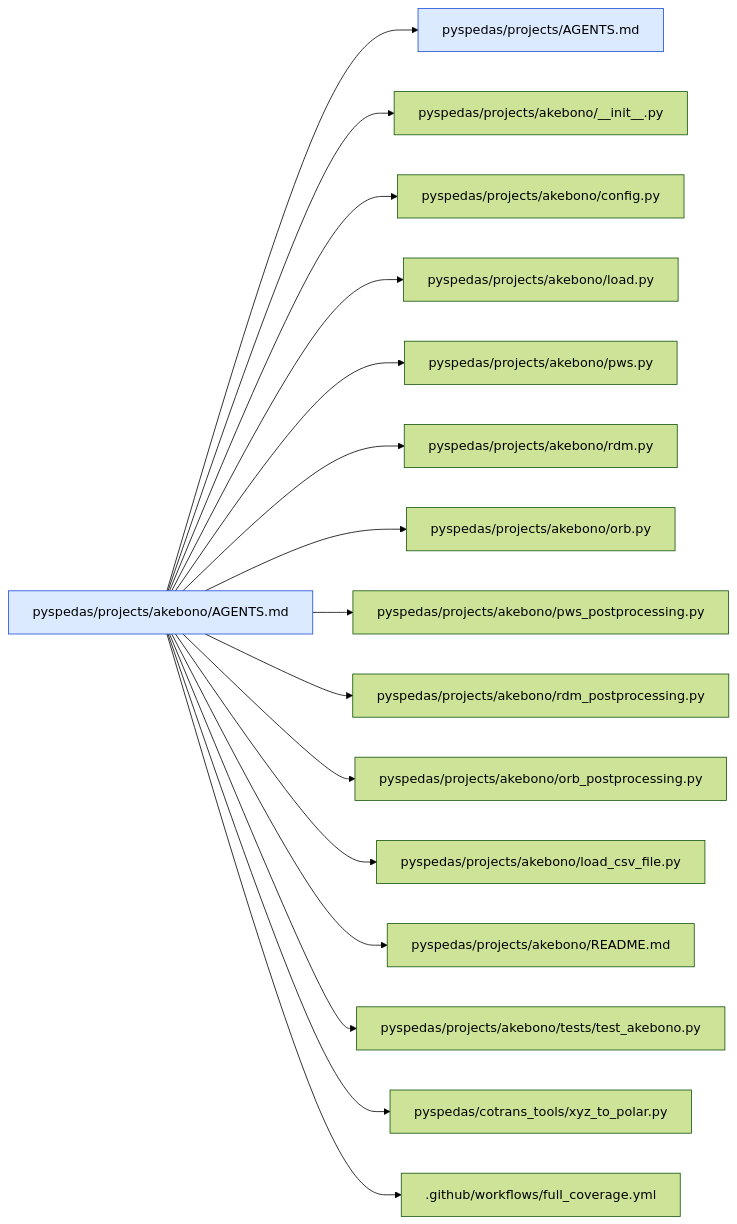
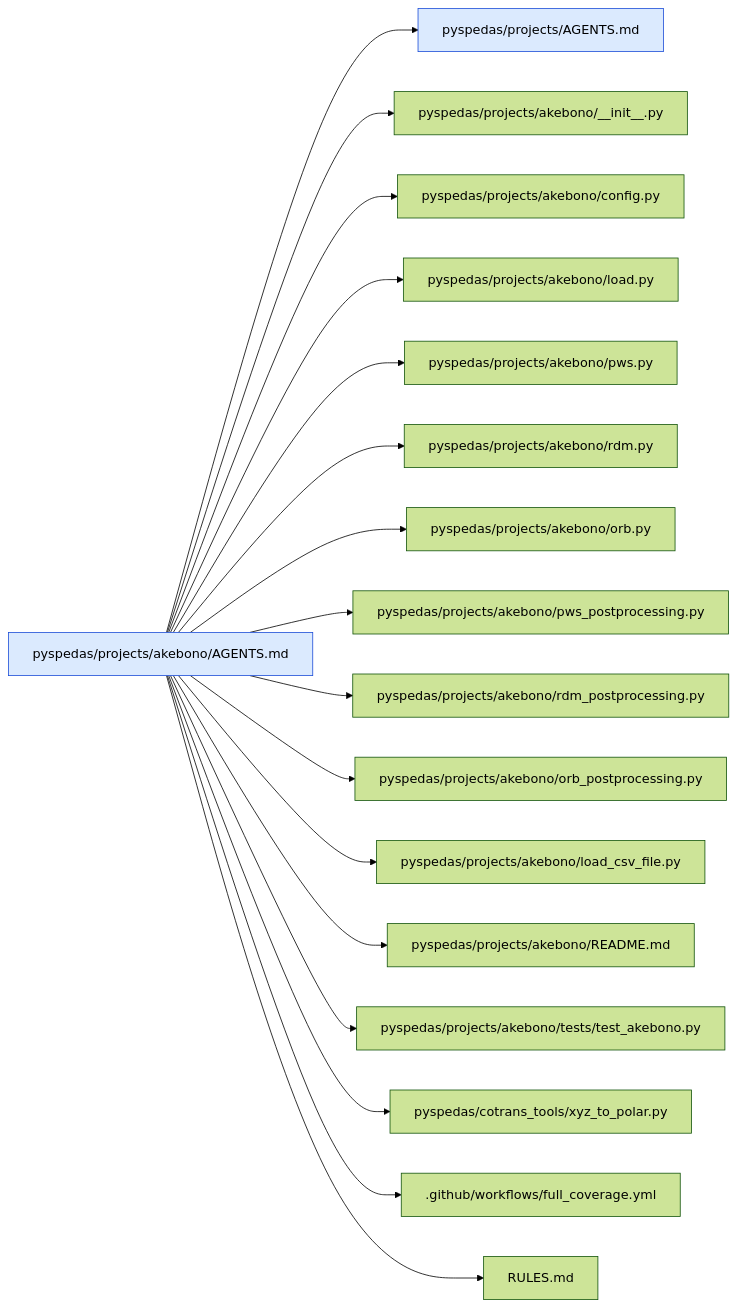
Diagram 11 of 44 in .agents/map/MAP.md (spedas/pyspedas), drawn with Mermaid (forest theme) before and after one commit. The commit also changed other lines of this file and 75 other files, not shown here.

````diff
--- a/.agents/map/MAP.md
+++ b/.agents/map/MAP.md
@@ -533,21 +575,22 @@
 ```mermaid
 graph LR
   classDef agents fill:#dbeafe,stroke:#1d4ed8
   classDef missing fill:#fee2e2,stroke:#b91c1c,stroke-dasharray:4
   self["pyspedas/projects/akebono/AGENTS.md"]:::agents
   self --> r0["pyspedas/projects/AGENTS.md"]:::agents
   self --> r1["pyspedas/projects/akebono/__init__.py"]
   self --> r2["pyspedas/projects/akebono/config.py"]
   self --> r3["pyspedas/projects/akebono/load.py"]
   self --> r4["pyspedas/projects/akebono/pws.py"]
   self --> r5["pyspedas/projects/akebono/rdm.py"]
   self --> r6["pyspedas/projects/akebono/orb.py"]
   self --> r7["pyspedas/projects/akebono/pws_postprocessing.py"]
   self --> r8["pyspedas/projects/akebono/rdm_postprocessing.py"]
   self --> r9["pyspedas/projects/akebono/orb_postprocessing.py"]
   self --> r10["pyspedas/projects/akebono/load_csv_file.py"]
   self --> r11["pyspedas/projects/akebono/README.md"]
   self --> r12["pyspedas/projects/akebono/tests/test_akebono.py"]
   self --> r13["pyspedas/cotrans_tools/xyz_to_polar.py"]
   self --> r14[".github/workflows/full_coverage.yml"]
+  self --> r15["RULES.md"]
 ```
````
